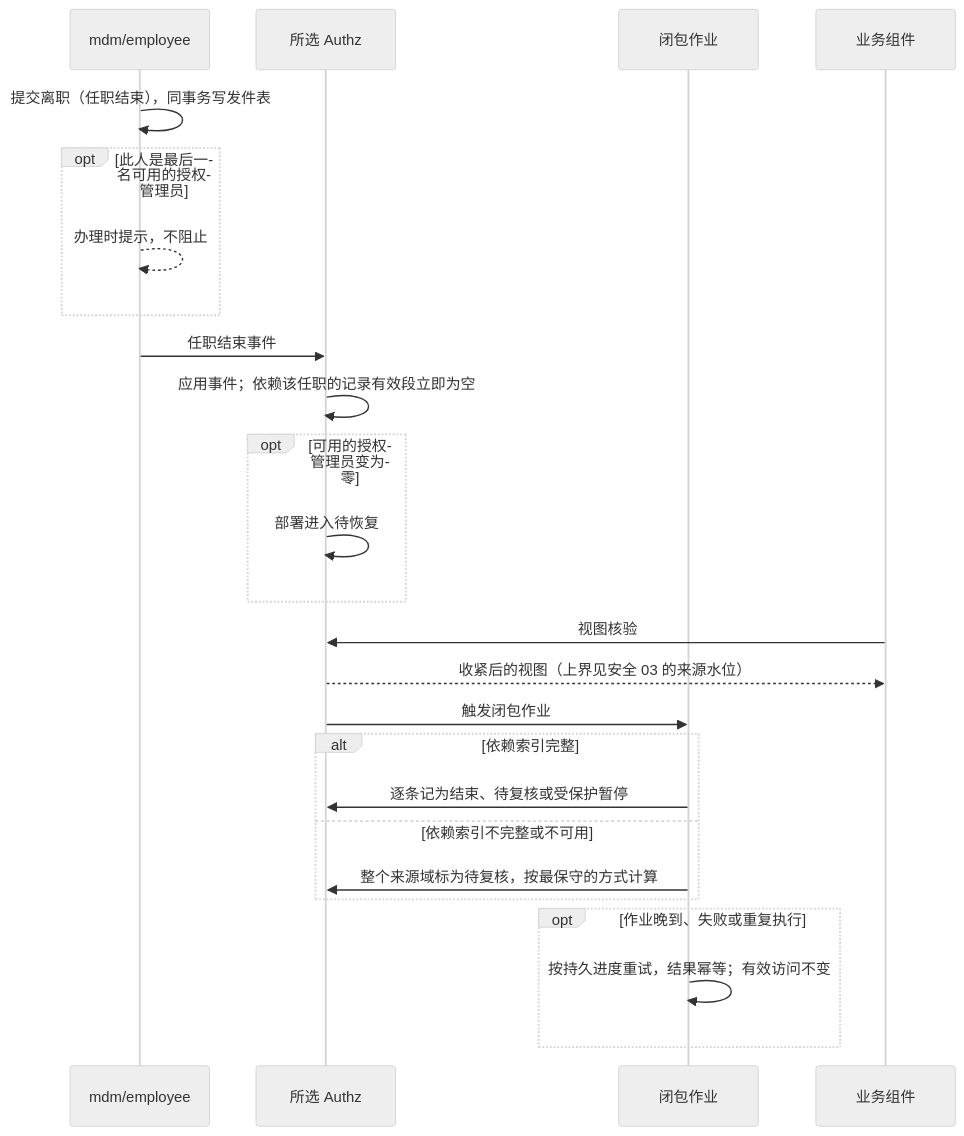
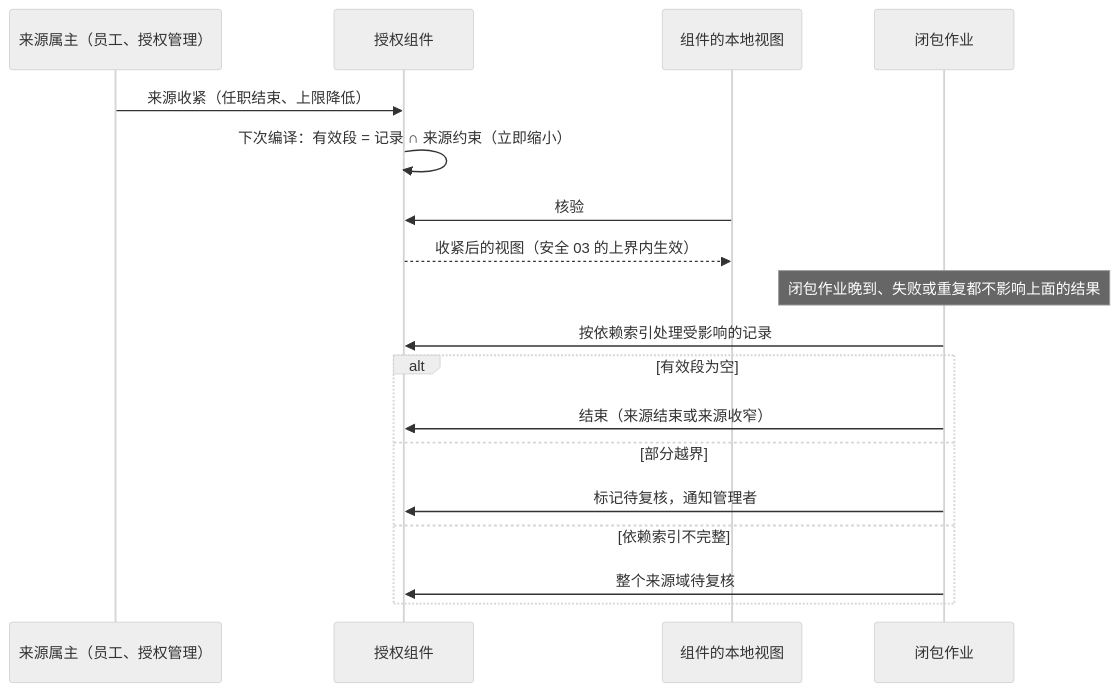
Before and after one commit to brickKit/be-assembly-standard: the second of 2 diagrams in tempDocs/final/06-protocols/security/08-state-and-change-protocol.md, drawn with Mermaid (neutral theme). The commit also changed other lines of this file and 13 other files, not shown here.

````diff
--- a/tempDocs/final/06-protocols/security/08-state-and-change-protocol.md
+++ b/tempDocs/final/06-protocols/security/08-state-and-change-protocol.md
@@ -174,27 +187,20 @@
 ```mermaid
 sequenceDiagram
-    participant E as mdm/employee
-    participant A as 所选 Authz
+    participant S as 来源属主（员工、授权管理）
+    participant Z as 授权组件
+    participant C as 组件的本地视图
     participant J as 闭包作业
-    participant C as 业务组件
-    E->>E: 提交离职（任职结束），同事务写发件表
-    opt 此人是最后一名可用的授权管理员
-        E-->>E: 办理时提示，不阻止
-    end
-    E->>A: 任职结束事件
-    A->>A: 应用事件；依赖该任职的记录有效段立即为空
-    opt 可用的授权管理员变为零
-        A->>A: 部署进入待恢复
-    end
-    C->>A: 视图核验
-    A-->>C: 收紧后的视图（上界见安全 03 的来源水位）
-    A->>J: 触发闭包作业
-    alt 依赖索引完整
-        J->>A: 逐条记为结束、待复核或受保护暂停
-    else 依赖索引不完整或不可用
-        J->>A: 整个来源域标为待复核，按最保守的方式计算
-    end
-    opt 作业晚到、失败或重复执行
-        J->>J: 按持久进度重试，结果幂等；有效访问不变
+    S->>Z: 来源收紧（任职结束、上限降低）
+    Z->>Z: 下次编译：有效段 = 记录 ∩ 来源约束（立即缩小）
+    C->>Z: 核验
+    Z-->>C: 收紧后的视图（安全 03 的上界内生效）
+    Note over J: 闭包作业晚到、失败或重复都不影响上面的结果
+    J->>Z: 按依赖索引处理受影响的记录
+    alt 有效段为空
+        J->>Z: 结束（来源结束或来源收窄）
+    else 部分越界
+        J->>Z: 标记待复核，通知管理者
+    else 依赖索引不完整
+        J->>Z: 整个来源域待复核
     end
 ```
````
